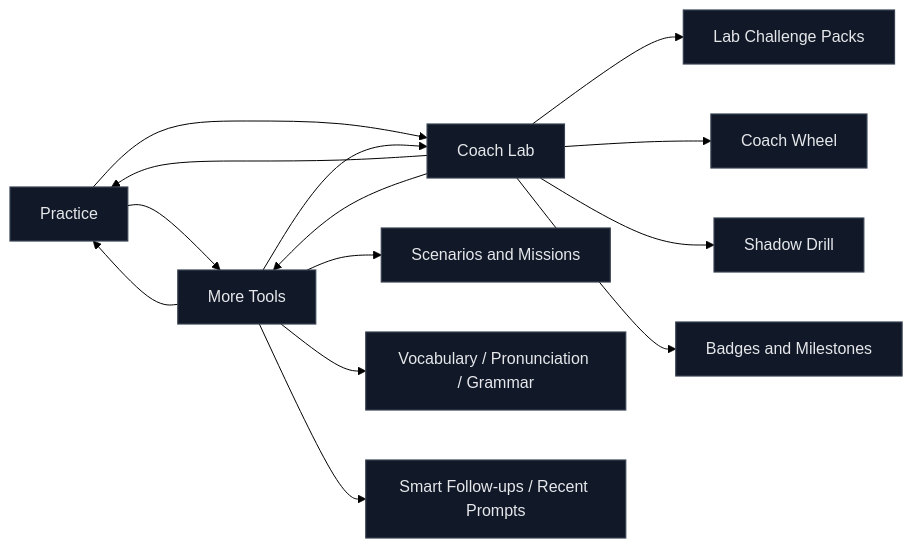
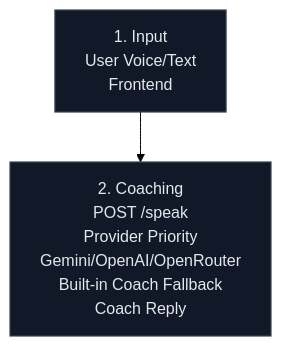
One commit to athiq2u/MoonSpeak-AI changed the second of 2 diagrams in Frontend/lingualive-ui/README.md. Above: the diagram before and after it, drawn with Mermaid (forest theme).

Commit message:
Simplify frontend README flowchart to 3-step vertical flow

````diff
--- a/Frontend/lingualive-ui/README.md
+++ b/Frontend/lingualive-ui/README.md
@@ -144,20 +144,7 @@
 ```mermaid
-flowchart LR
-	PR[Practice] --> MT[More Tools]
-	PR --> CL[Coach Lab]
-	MT --> PR
-	MT --> CL
-	CL --> PR
-	CL --> MT
-
-	MT --> M1[Scenarios and Missions]
-	MT --> M2[Vocabulary / Pronunciation / Grammar]
-	MT --> M3[Smart Follow-ups / Recent Prompts]
-	CL --> C1[Lab Challenge Packs]
-	CL --> C2[Coach Wheel]
-	CL --> C3[Shadow Drill]
-	CL --> C4[Badges and Milestones]
+flowchart TD
+	IN["1. Input<br/>User Voice/Text<br/>Frontend"] --> CO["2. Coaching<br/>POST /speak<br/>Provider Priority<br/>Gemini/OpenAI/OpenRouter<br/>Built-in Coach Fallback<br/>Coach Reply"]
 
 	classDef dark fill:#111827,stroke:#374151,color:#E5E7EB,stroke-width:1.2px;
-	class PR,MT,CL,M1,M2,M3,C1,C2,C3,C4 dark;
+	class IN,CO dark;
 ```
````
